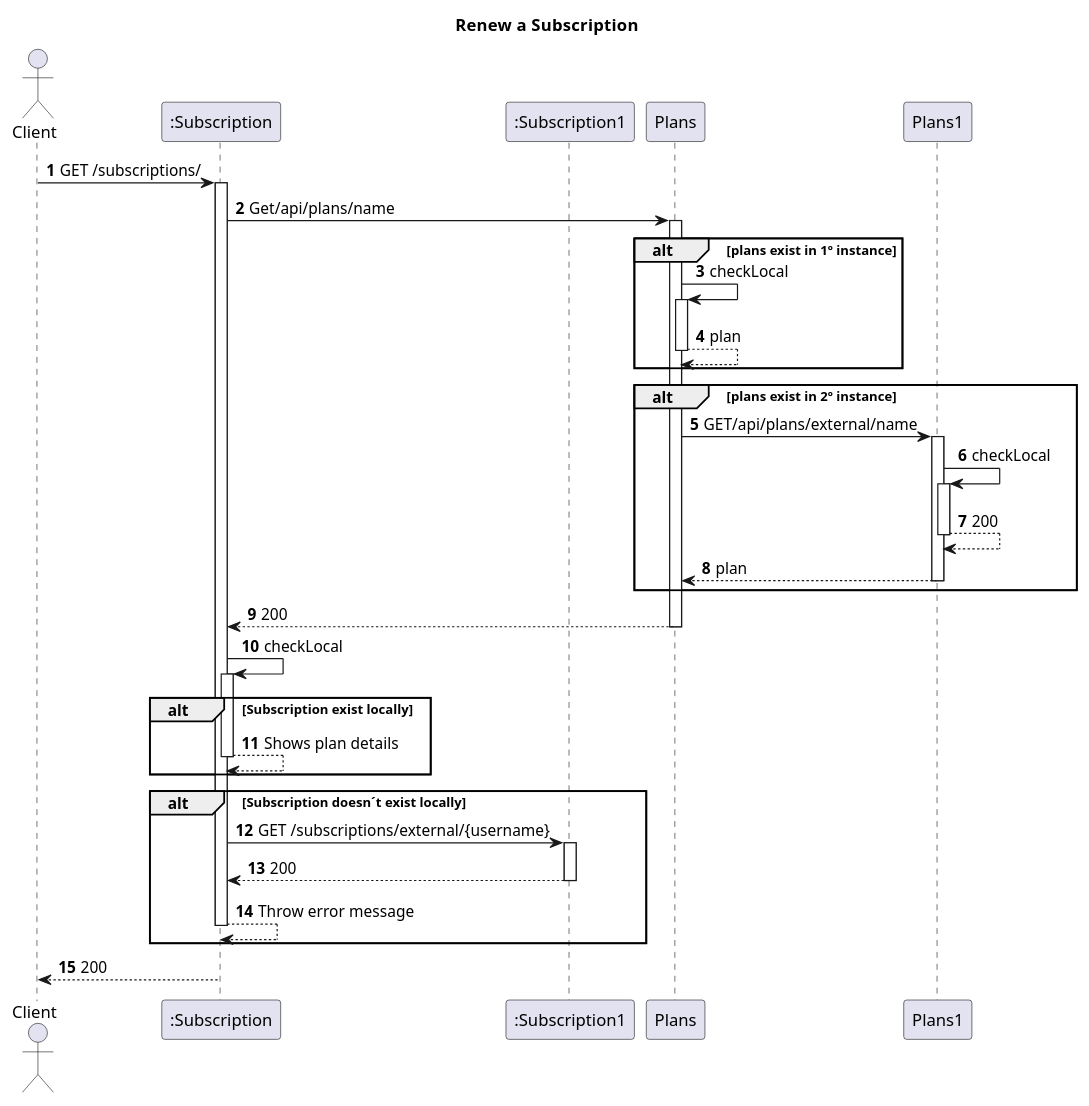
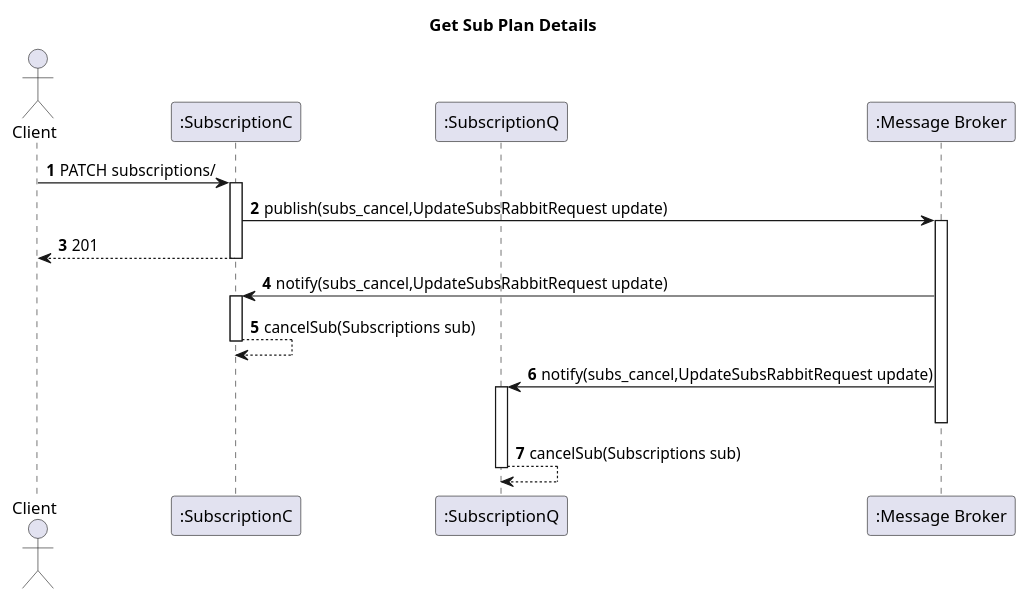
The diagram in docs_sidis/Segunda_Avalição/Subs/Vista Logica/N2/GetSubsPlanInfo.puml (IsepMartimOliveira/SIDIS), drawn with PlantUML before and after one commit. The commit also changed 6 other files, not shown here.

```diff
--- a/docs_sidis/Segunda_Avalição/Subs/Vista Logica/N2/GetSubsPlanInfo.puml
+++ b/docs_sidis/Segunda_Avalição/Subs/Vista Logica/N2/GetSubsPlanInfo.puml
@@ -1,38 +1,27 @@
 @startuml
 'https://plantuml.com/sequence-diagram
 autoactivate on
 autonumber
-title   Renew a  Subscription
+title  Get Sub Plan Details
 
 autonumber
 
 actor "Client" as Ac
-participant ":Subscription" as Auth
-participant ":Subscription1" as Serv
 
+participant ":SubscriptionC" as SubC
+participant ":SubscriptionQ" as SubQ
+participant ":Message Broker" as Broker
 
-Ac->Auth:  GET /subscriptions/
-Auth -> Plans: Get/api/plans/name
-alt plans exist in 1º instance
-    Plans -> Plans: checkLocal
-    Plans --> Plans: plan
-end
-alt plans exist in 2º instance
-    Plans -> Plans1: GET/api/plans/external/name
-    Plans1 -> Plans1: checkLocal
-    Plans1 --> Plans1: 200
-    Plans1 --> Plans: plan
-end
-Plans --> Auth: 200
-Auth->Auth:checkLocal
-alt Subscription exist locally
-Auth-->Auth:Shows plan details
-end
-alt Subscription doesn´t exist locally
+Ac->SubC:PATCH subscriptions/
 
-Auth->Serv: GET /subscriptions/external/{username}
-Serv-->Auth:200
-Auth-->Auth:Throw error message
-end
-Auth-->Ac:200
+SubC->Broker: publish(subs_cancel,UpdateSubsRabbitRequest update)
+SubC-->Ac:201
+
+Broker->SubC:notify(subs_cancel,UpdateSubsRabbitRequest update)
+SubC-->SubC:cancelSub(Subscriptions sub)
+Broker->SubQ:notify(subs_cancel,UpdateSubsRabbitRequest update)
+deactivate Broker
+
+SubQ-->SubQ:cancelSub(Subscriptions sub)
+
 @enduml
```
